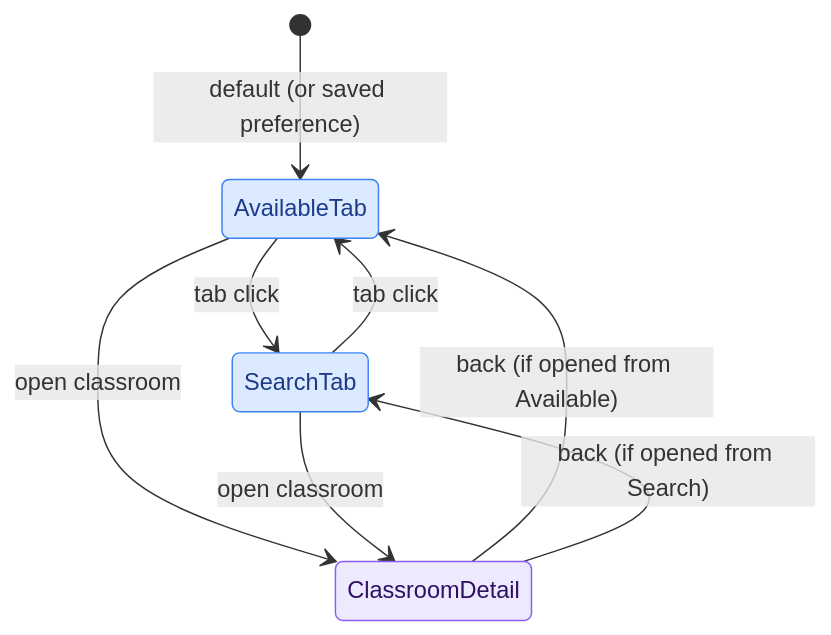
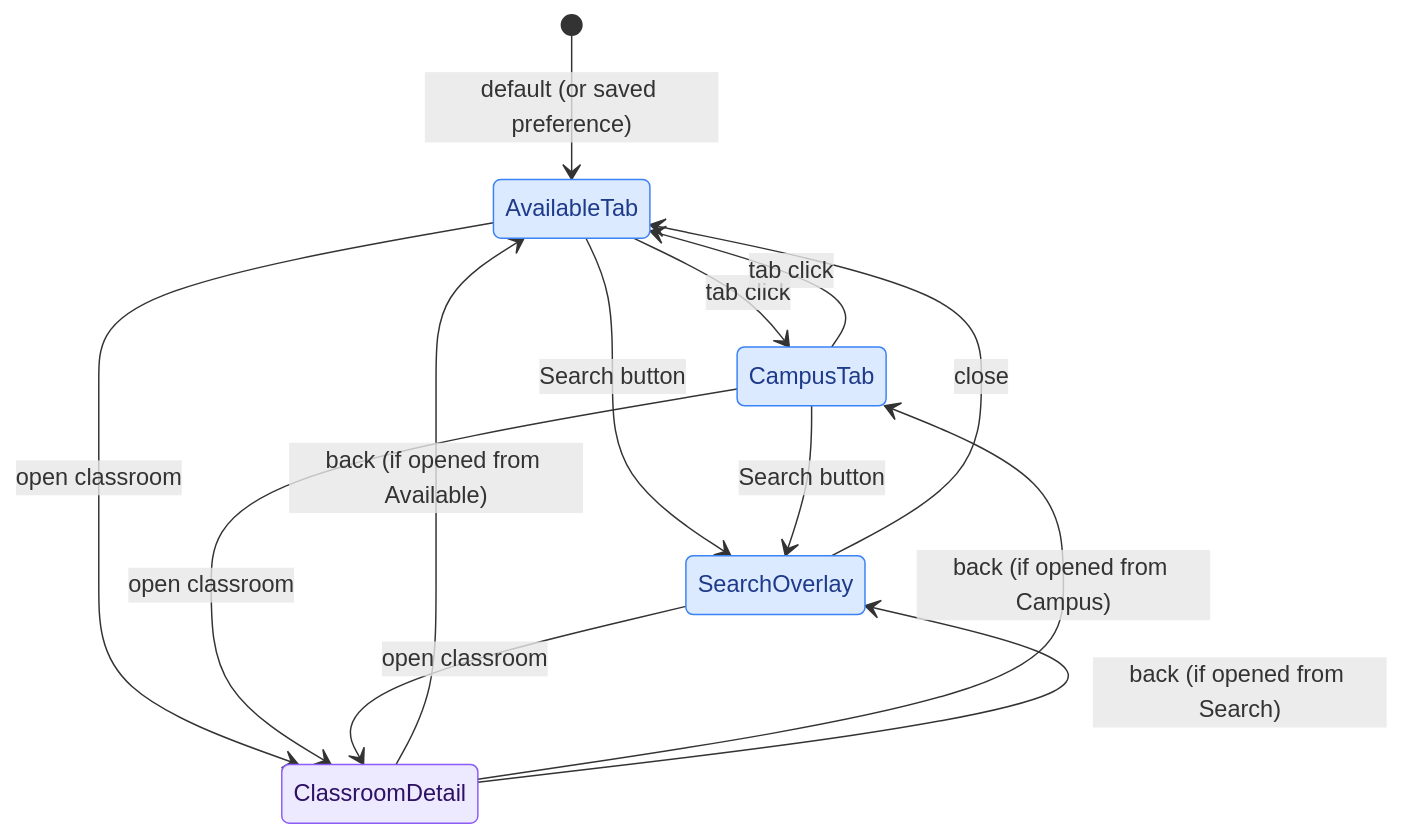
Before and after one commit to SummaCristian/PoliAule: the first of 2 diagrams in docs/frontend.md, drawn with Mermaid. The commit also changed other lines of this file and 4 other files, not shown here.

````diff
--- a/docs/frontend.md
+++ b/docs/frontend.md
@@ -11,16 +11,21 @@
 ```mermaid
 stateDiagram-v2
     classDef tab fill:#dbeafe,stroke:#3b82f6,color:#1e3a8a
     classDef detail fill:#ede9fe,stroke:#8b5cf6,color:#2e1065
 
     [*] --> AvailableTab: default (or saved preference)
-    AvailableTab --> SearchTab: tab click
-    SearchTab --> AvailableTab: tab click
+    AvailableTab --> CampusTab: tab click
+    CampusTab --> AvailableTab: tab click
+    AvailableTab --> SearchOverlay: Search button
+    CampusTab --> SearchOverlay: Search button
+    SearchOverlay --> AvailableTab: close
     AvailableTab --> ClassroomDetail: open classroom
-    SearchTab --> ClassroomDetail: open classroom
+    CampusTab --> ClassroomDetail: open classroom
+    SearchOverlay --> ClassroomDetail: open classroom
     ClassroomDetail --> AvailableTab: back (if opened from Available)
-    ClassroomDetail --> SearchTab: back (if opened from Search)
+    ClassroomDetail --> CampusTab: back (if opened from Campus)
+    ClassroomDetail --> SearchOverlay: back (if opened from Search)
 
-    class AvailableTab,SearchTab tab
+    class AvailableTab,CampusTab,SearchOverlay tab
     class ClassroomDetail detail
 ```
````
